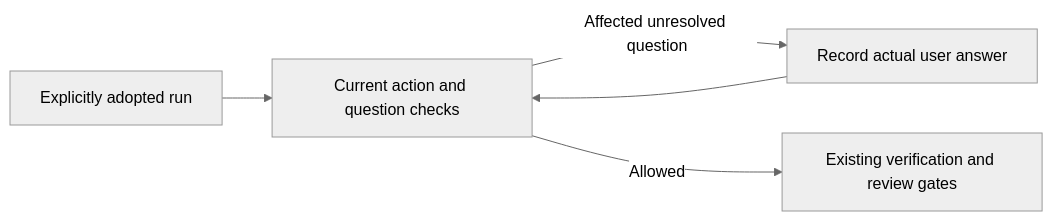
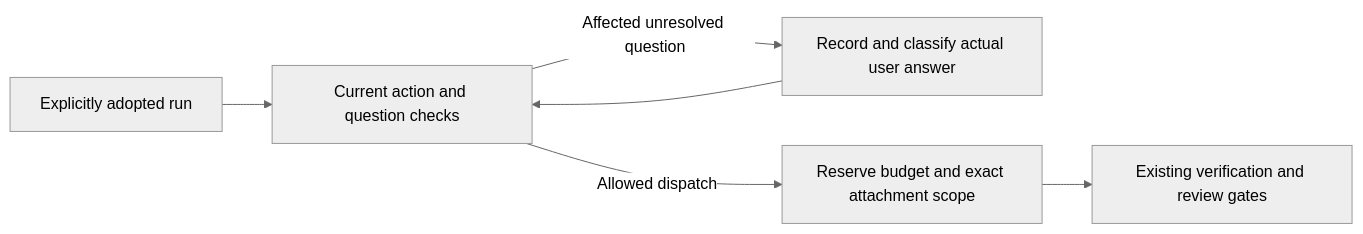
One commit to wgentil/devflow changed the fourth of 4 diagrams in skills/workflow/GUIDE.md. Above: the diagram before and after it, drawn with Mermaid (neutral theme). The commit also changed 46 other files, not shown here.

````diff
--- a/skills/workflow/GUIDE.md
+++ b/skills/workflow/GUIDE.md
@@ -456,7 +456,8 @@
 ```mermaid
 flowchart LR
     Adopt[Explicitly adopted run] --> Check[Current action and question checks]
-    Check -->|Affected unresolved question| Ask[Record actual user answer]
+    Check -->|Affected unresolved question| Ask[Record and classify actual user answer]
     Ask --> Check
-    Check -->|Allowed| Existing[Existing verification and review gates]
+    Check -->|Allowed dispatch| Reserve[Reserve budget and exact attachment scope]
+    Reserve --> Existing[Existing verification and review gates]
 ```
````
